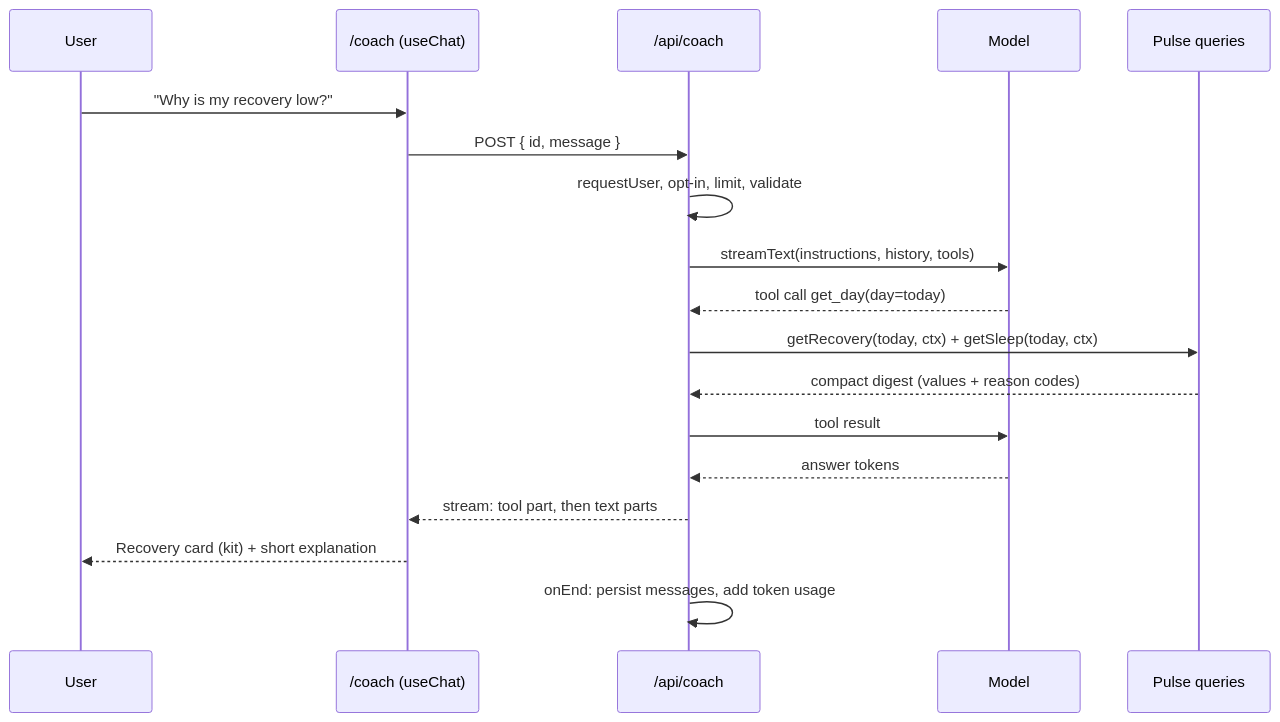
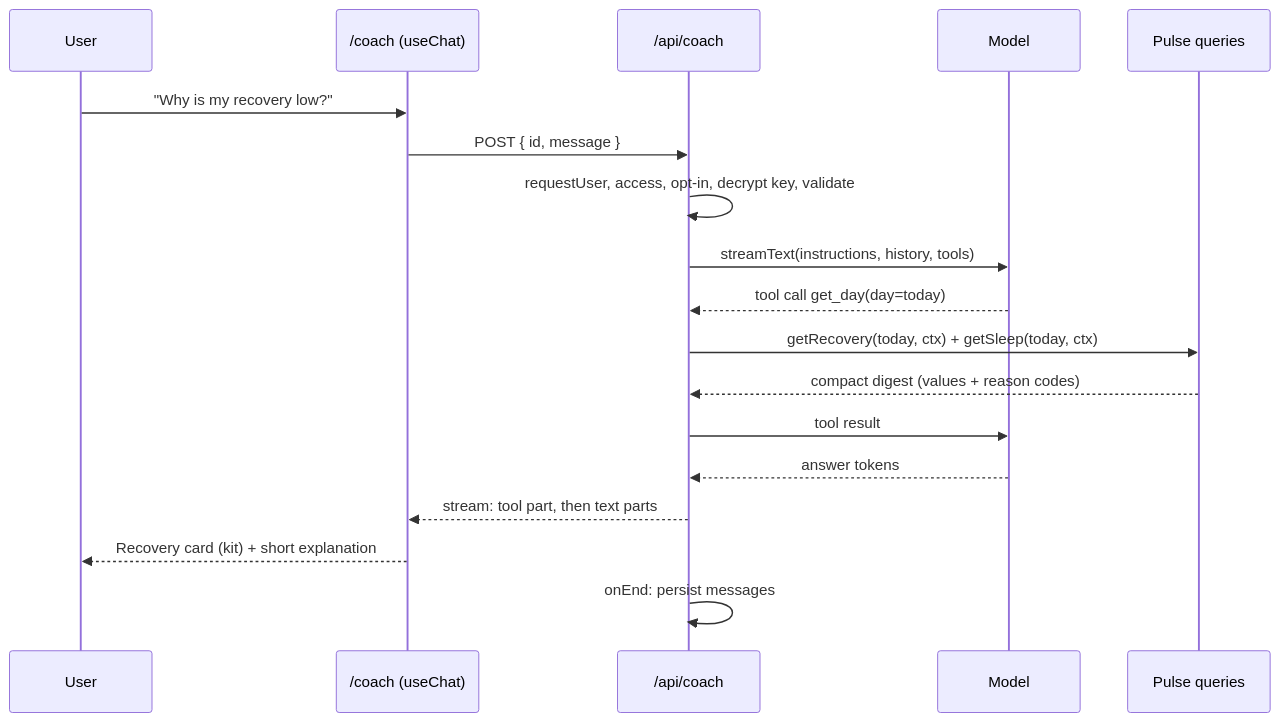
One commit to Ajamuar/pulse changed the second of 5 diagrams in docs/plans/2026-10-04-005-feat-ai-coach.md. Above: the diagram before and after it, drawn with Mermaid. The commit also changed other lines of this file and 54 other files, not shown here.

````diff
--- a/docs/plans/2026-10-04-005-feat-ai-coach.md
+++ b/docs/plans/2026-10-04-005-feat-ai-coach.md
@@ -67,20 +72,20 @@
 ```mermaid
 sequenceDiagram
   participant U as User
   participant C as /coach (useChat)
   participant H as /api/coach
   participant L as Model
   participant Q as Pulse queries
   U->>C: "Why is my recovery low?"
   C->>H: POST { id, message }
-  H->>H: requestUser, opt-in, limit, validate
+  H->>H: requestUser, access, opt-in, decrypt key, validate
   H->>L: streamText(instructions, history, tools)
   L-->>H: tool call get_day(day=today)
   H->>Q: getRecovery(today, ctx) + getSleep(today, ctx)
   Q-->>H: compact digest (values + reason codes)
   H->>L: tool result
   L-->>H: answer tokens
   H-->>C: stream: tool part, then text parts
   C-->>U: Recovery card (kit) + short explanation
-  H->>H: onEnd: persist messages, add token usage
+  H->>H: onEnd: persist messages
 ```
````
